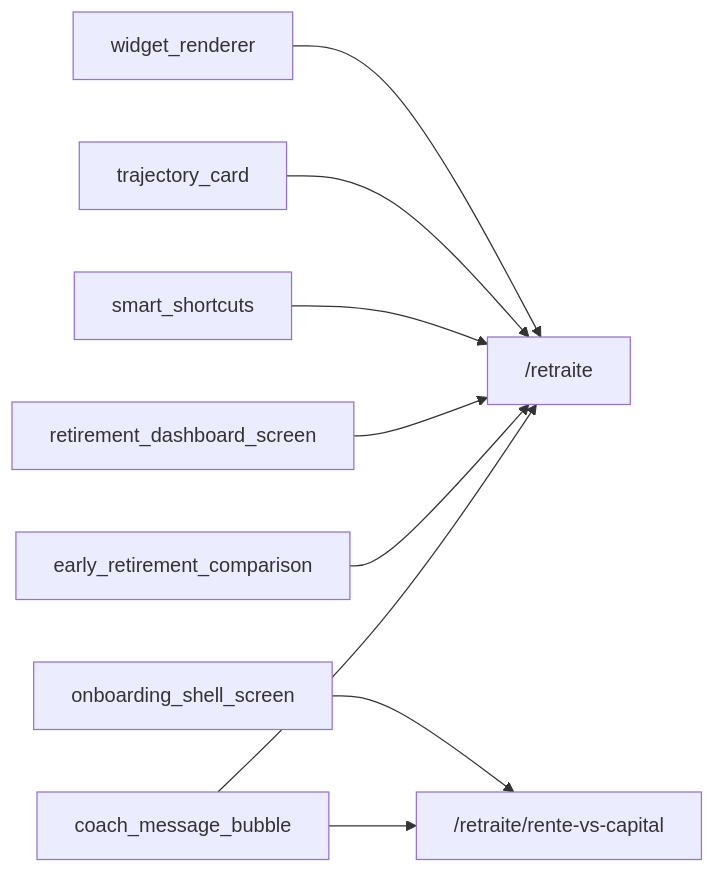
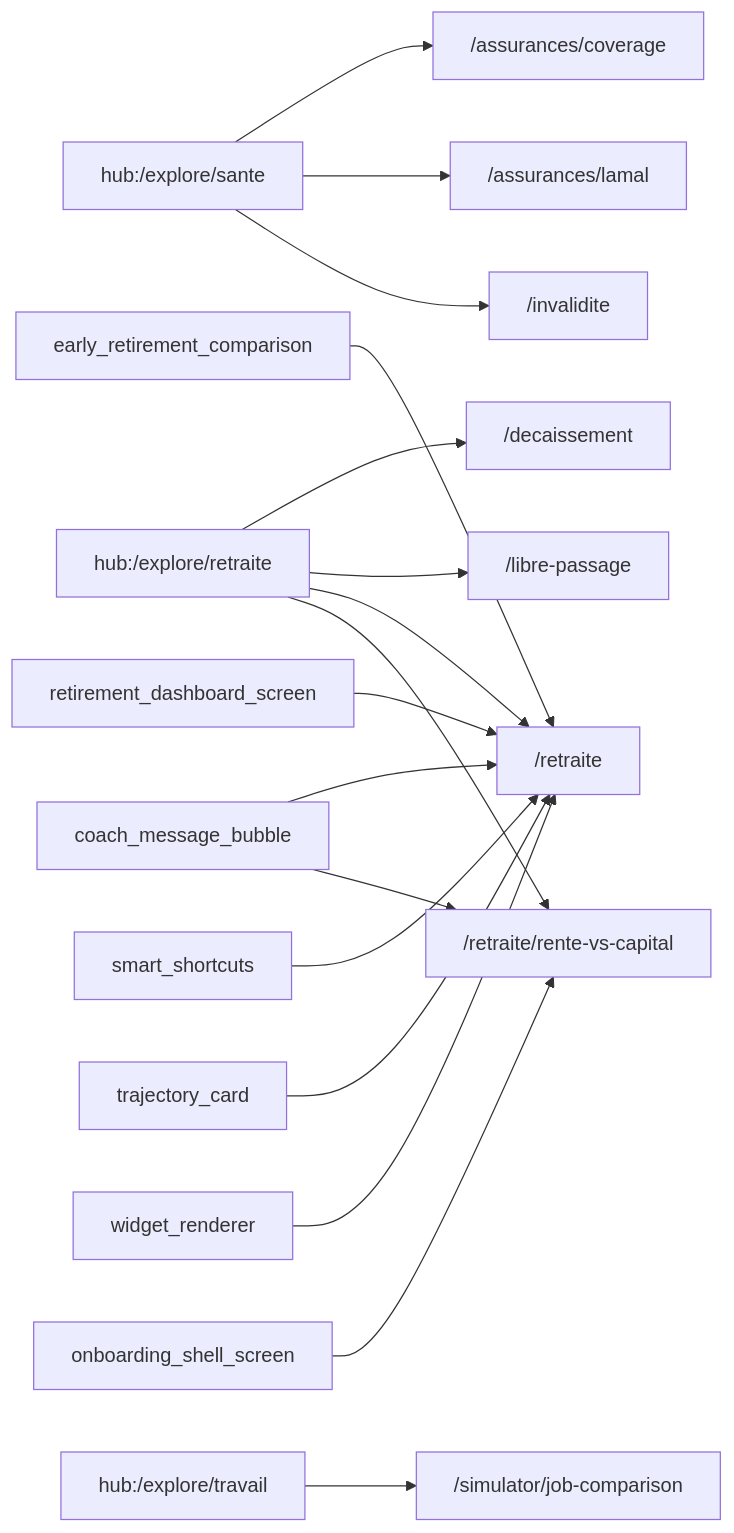
The diagram in .planning/architecture/themes/retraite.md (MINT-IA/MINT), drawn with Mermaid before and after one commit. The commit also changed other lines of this file and 15 other files, not shown here.

````diff
--- a/.planning/architecture/themes/retraite.md
+++ b/.planning/architecture/themes/retraite.md
@@ -55,11 +61,19 @@
 ```mermaid
 graph LR
+  hub__explore_sante["hub:/explore/sante"] --> _assurances_coverage["/assurances/coverage"]
+  hub__explore_sante["hub:/explore/sante"] --> _assurances_lamal["/assurances/lamal"]
+  hub__explore_retraite["hub:/explore/retraite"] --> _decaissement["/decaissement"]
+  hub__explore_sante["hub:/explore/sante"] --> _invalidite["/invalidite"]
+  hub__explore_retraite["hub:/explore/retraite"] --> _libre_passage["/libre-passage"]
   coach_message_bubble["coach_message_bubble"] --> _retraite["/retraite"]
   early_retirement_comparison["early_retirement_comparison"] --> _retraite["/retraite"]
+  hub__explore_retraite["hub:/explore/retraite"] --> _retraite["/retraite"]
   retirement_dashboard_screen["retirement_dashboard_screen"] --> _retraite["/retraite"]
   smart_shortcuts["smart_shortcuts"] --> _retraite["/retraite"]
   trajectory_card["trajectory_card"] --> _retraite["/retraite"]
   widget_renderer["widget_renderer"] --> _retraite["/retraite"]
   coach_message_bubble["coach_message_bubble"] --> _retraite_rente_vs_capital["/retraite/rente-vs-capital"]
+  hub__explore_retraite["hub:/explore/retraite"] --> _retraite_rente_vs_capital["/retraite/rente-vs-capital"]
   onboarding_shell_screen["onboarding_shell_screen"] --> _retraite_rente_vs_capital["/retraite/rente-vs-capital"]
+  hub__explore_travail["hub:/explore/travail"] --> _simulator_job_comparison["/simulator/job-comparison"]
 ```
````
